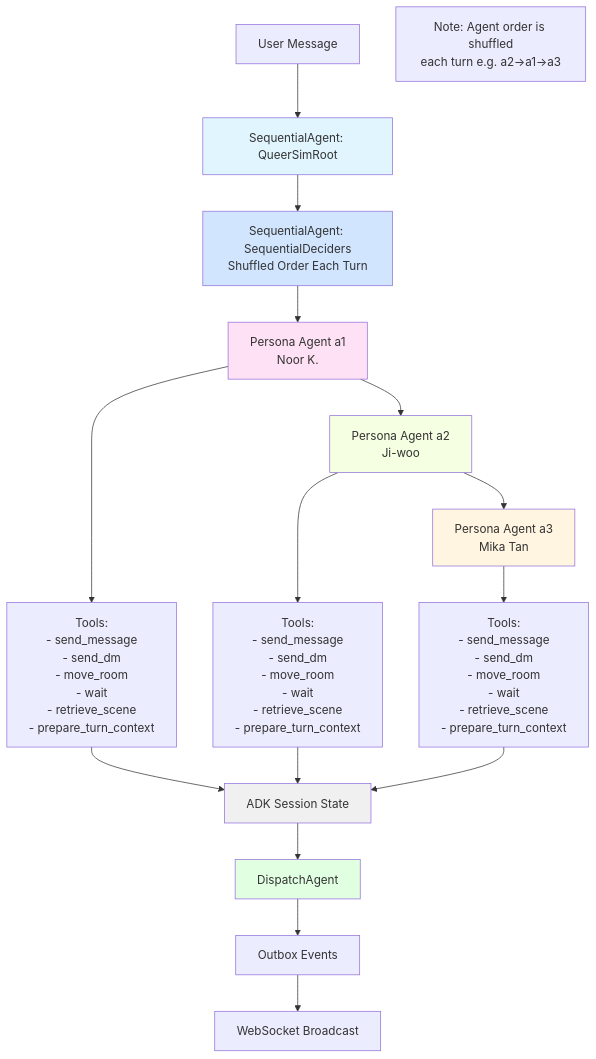
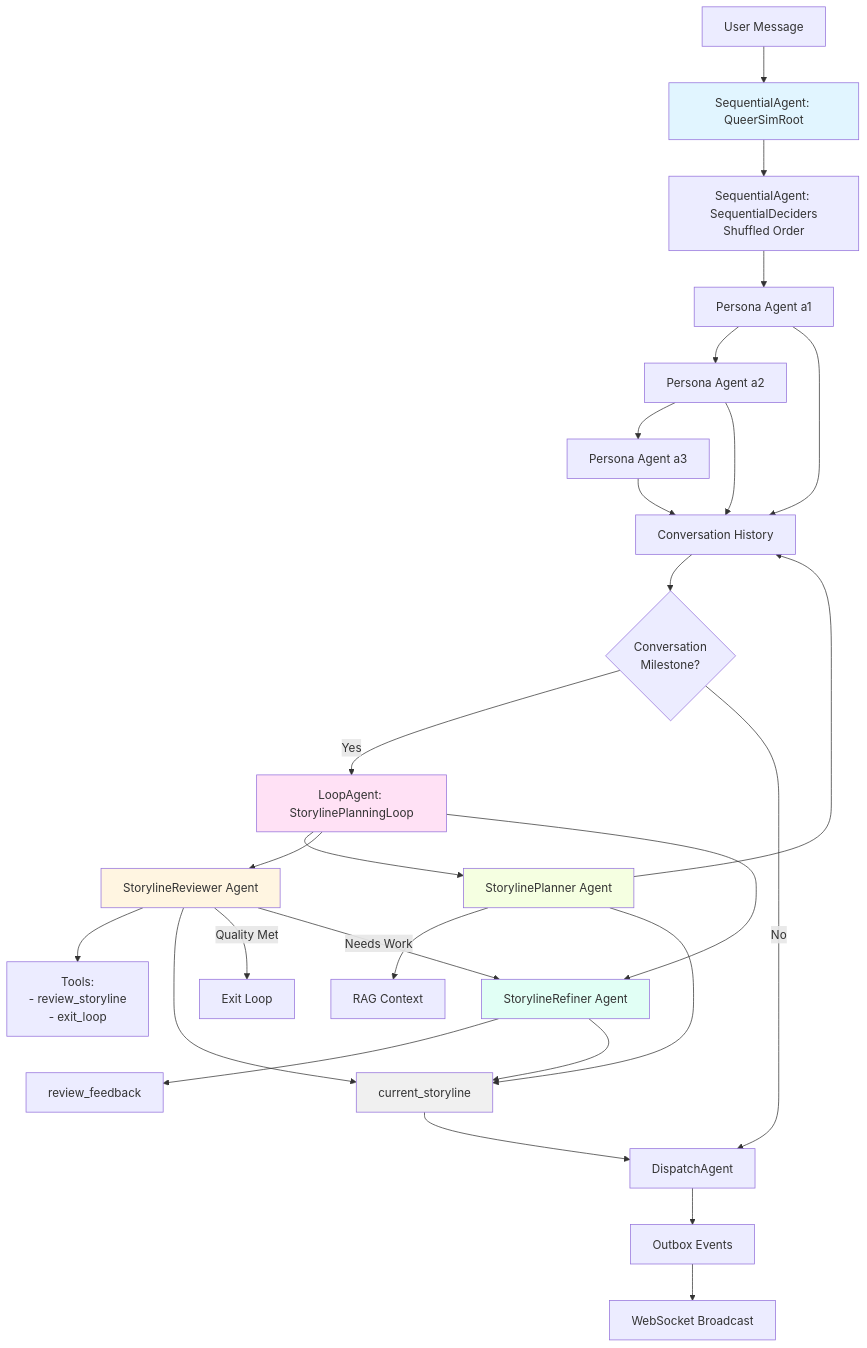
The diagram in README.md (echohuiecho/llm-queer-simulation), drawn with Mermaid before and after one commit. The commit also changed other lines of this file and 7 other files, not shown here.

Commit message:
Add a LoopAgent-based storyline planning system that creates and refines a webtoon. The planning loop integrates with existing persona agents' conversations and automatically triggers after conversation milestones.

````diff
--- a/README.md
+++ b/README.md
@@ -142,32 +142,45 @@
 ```mermaid
 graph TD
     User[User Message] --> Root[SequentialAgent: QueerSimRoot]
 
-    Root --> SequentialDeciders[SequentialAgent: SequentialDeciders<br/>Shuffled Order Each Turn]
+    Root --> SequentialDeciders[SequentialAgent: SequentialDeciders<br/>Shuffled Order]
+    SequentialDeciders --> A1[Persona Agent a1]
+    A1 --> A2[Persona Agent a2]
+    A2 --> A3[Persona Agent a3]
 
-    SequentialDeciders --> A1[Persona Agent a1<br/>Noor K.]
-    A1 --> A2[Persona Agent a2<br/>Ji-woo]
-    A2 --> A3[Persona Agent a3<br/>Mika Tan]
+    A1 --> Conversation[Conversation History]
+    A2 --> Conversation
+    A3 --> Conversation
 
-    Note1[Note: Agent order is shuffled<br/>each turn e.g. a2→a1→a3]
+    Conversation --> MilestoneCheck{Conversation<br/>Milestone?}
 
-    A1 --> Tools1[Tools:<br/>- send_message<br/>- send_dm<br/>- move_room<br/>- wait<br/>- retrieve_scene<br/>- prepare_turn_context]
-    A2 --> Tools2[Tools:<br/>- send_message<br/>- send_dm<br/>- move_room<br/>- wait<br/>- retrieve_scene<br/>- prepare_turn_context]
-    A3 --> Tools3[Tools:<br/>- send_message<br/>- send_dm<br/>- move_room<br/>- wait<br/>- retrieve_scene<br/>- prepare_turn_context]
+    MilestoneCheck -->|Yes| StorylineLoop[LoopAgent: StorylinePlanningLoop]
+    MilestoneCheck -->|No| Dispatch[DispatchAgent]
 
-    Tools1 --> State[ADK Session State]
-    Tools2 --> State
-    Tools3 --> State
+    StorylineLoop --> Planner[StorylinePlanner Agent]
+    Planner --> RAG[RAG Context]
+    Planner --> Conversation
+    Planner --> StorylineState[current_storyline]
 
-    State --> Dispatch[DispatchAgent]
+    StorylineLoop --> Reviewer[StorylineReviewer Agent]
+    Reviewer --> ReviewTools[Tools:<br/>- review_storyline<br/>- exit_loop]
+    Reviewer --> StorylineState
+
+    StorylineLoop --> Refiner[StorylineRefiner Agent]
+    Refiner --> Feedback[review_feedback]
+    Refiner --> StorylineState
+
+    Reviewer -->|Quality Met| ExitLoop[Exit Loop]
+    Reviewer -->|Needs Work| Refiner
+
+    StorylineState --> Dispatch
     Dispatch --> Outbox[Outbox Events]
     Outbox --> WS[WebSocket Broadcast]
 
     style Root fill:#e1f5ff
-    style SequentialDeciders fill:#d1e5ff
-    style A1 fill:#ffe1f5
-    style A2 fill:#f5ffe1
-    style A3 fill:#fff5e1
-    style State fill:#f0f0f0
-    style Dispatch fill:#e1ffe1
+    style StorylineLoop fill:#ffe1f5
+    style Planner fill:#f5ffe1
+    style Reviewer fill:#fff5e1
+    style Refiner fill:#e1fff5
+    style StorylineState fill:#f0f0f0
 ```
````
